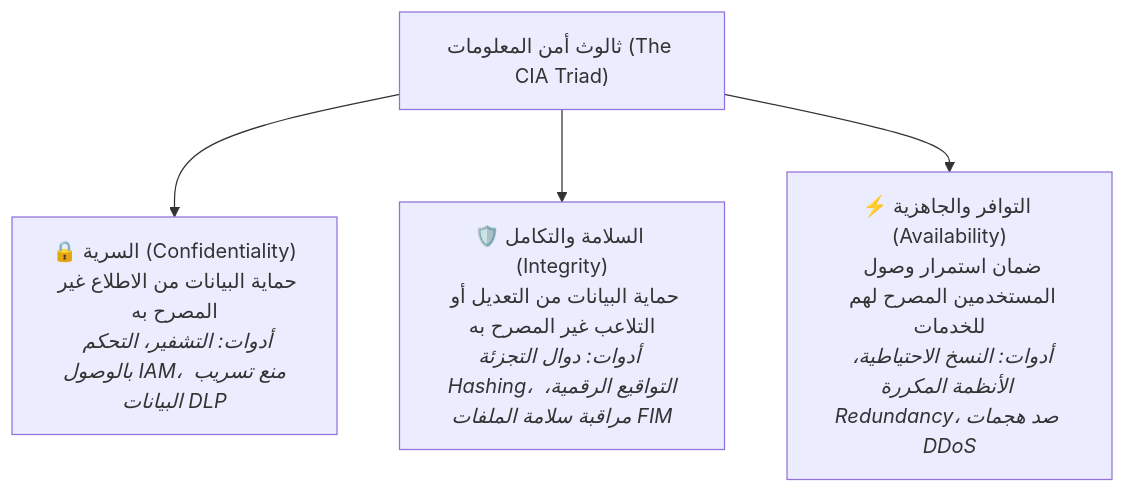
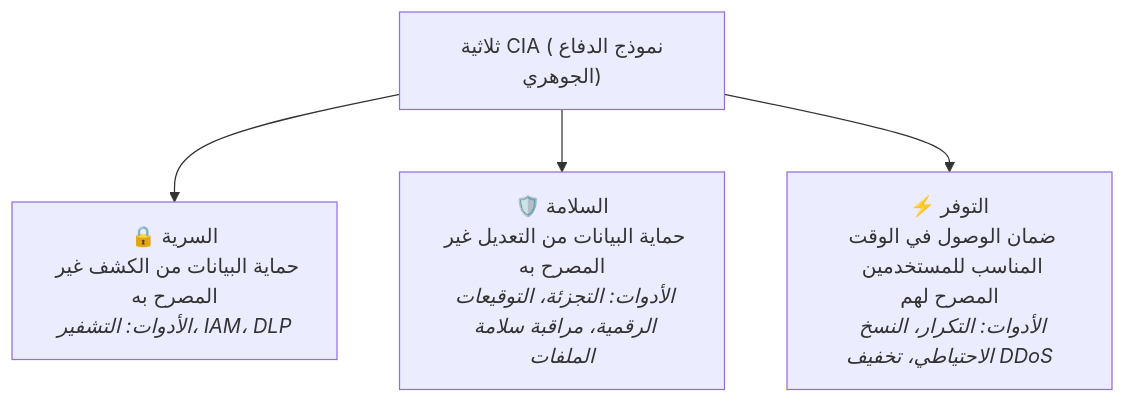
The second of 4 diagrams in md files/lab1_IDR_AR.md (Geeky-Pro/SOC-LAB), drawn with Mermaid before and after one commit. The commit also changed other lines of this file, not shown here.

````diff
--- a/md files/lab1_IDR_AR.md
+++ b/md files/lab1_IDR_AR.md
@@ -177,10 +173,10 @@
 ```mermaid
 flowchart TD
-    CIA["ثالوث أمن المعلومات (The CIA Triad)"]
-    C["🔒 السرية (Confidentiality)<br/>حماية البيانات من الاطلاع غير المصرح به<br/><i>أدوات: التشفير، التحكم بالوصول IAM، منع تسريب البيانات DLP</i>"]
-    I["🛡️ السلامة والتكامل (Integrity)<br/>حماية البيانات من التعديل أو التلاعب غير المصرح به<br/><i>أدوات: دوال التجزئة Hashing، التواقيع الرقمية، مراقبة سلامة الملفات FIM</i>"]
-    A["⚡ التوافر والجاهزية (Availability)<br/>ضمان استمرار وصول المستخدمين المصرح لهم للخدمات<br/><i>أدوات: النسخ الاحتياطية، الأنظمة المكررة Redundancy، صد هجمات DDoS</i>"]
+    CIA["ثلاثية CIA (نموذج الدفاع الجوهري)"]
+    C["🔒 السرية<br/>حماية البيانات من الكشف غير المصرح به<br/><i>الأدوات: التشفير، IAM، DLP</i>"]
+    I["🛡️ السلامة<br/>حماية البيانات من التعديل غير المصرح به<br/><i>الأدوات: التجزئة، التوقيعات الرقمية، مراقبة سلامة الملفات</i>"]
+    A["⚡ التوفر<br/>ضمان الوصول في الوقت المناسب للمستخدمين المصرح لهم<br/><i>الأدوات: التكرار، النسخ الاحتياطي، تخفيف DDoS</i>"]
     CIA --> C
     CIA --> I
     CIA --> A
 ```
````
